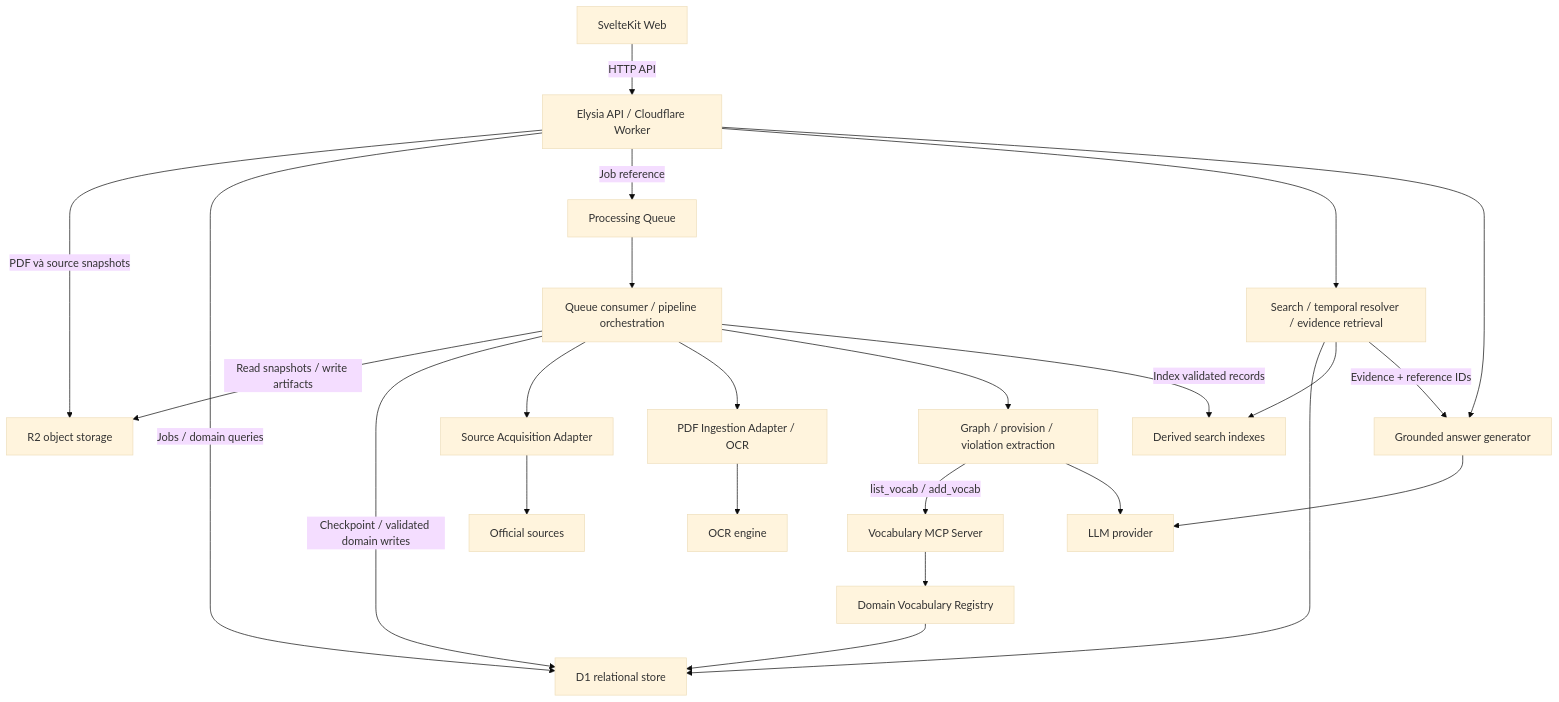
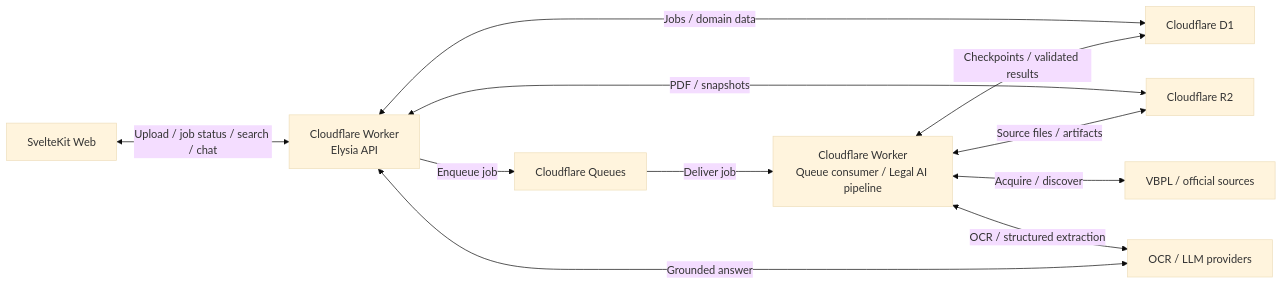
Before and after one commit to NamPE286/INT3011E_6: the sixth of 44 diagrams in docs/srs.md, drawn with Mermaid (base theme). The commit also changed other lines of this file, not shown here.

Commit message:
docs: simplify component architecture and convert SRS diagrams to Mermaid

````diff
--- a/docs/srs.md
+++ b/docs/srs.md
@@ -475,26 +468,13 @@
 ```mermaid
-flowchart TB
-    Web["SvelteKit Web"] -->|"HTTP API"| API["Elysia API / Cloudflare Worker"]
-    API -->|"PDF và source snapshots"| R2["R2 object storage"]
-    API -->|"Jobs / domain queries"| DB["D1 relational store"]
-    API -->|"Job reference"| Queue["Processing Queue"]
-    Queue --> Consumer["Queue consumer / pipeline orchestration"]
-    Consumer -->|"Read snapshots / write artifacts"| R2
-    Consumer -->|"Checkpoint / validated domain writes"| DB
-    Consumer --> Acquisition["Source Acquisition Adapter"]
-    Consumer --> PDF["PDF Ingestion Adapter / OCR"]
-    Consumer --> Extraction["Graph / provision / violation extraction"]
-    Extraction -->|"list_vocab / add_vocab"| MCP["Vocabulary MCP Server"]
-    MCP --> Registry["Domain Vocabulary Registry"]
-    Registry --> DB
-    Acquisition --> Source["Official sources"]
-    PDF --> OCR["OCR engine"]
-    Extraction --> LLM["LLM provider"]
-    API --> Retrieval["Search / temporal resolver / evidence retrieval"]
-    Retrieval --> DB
-    Retrieval --> Index["Derived search indexes"]
-    Consumer -->|"Index validated records"| Index
-    API --> Answer["Grounded answer generator"]
-    Retrieval -->|"Evidence + reference IDs"| Answer
-    Answer --> LLM
+flowchart LR
+    Web["SvelteKit Web"] <-->|"Upload / job status / search / chat"| API["Cloudflare Worker<br/>Elysia API"]
+    API <-->|"Jobs / domain data"| D1["Cloudflare D1"]
+    API <-->|"PDF / snapshots"| R2["Cloudflare R2"]
+    API -->|"Enqueue job"| Queue["Cloudflare Queues"]
+    Queue -->|"Deliver job"| Consumer["Cloudflare Worker<br/>Queue consumer / Legal AI pipeline"]
+    Consumer <-->|"Checkpoints / validated results"| D1
+    Consumer <-->|"Source files / artifacts"| R2
+    Consumer <-->|"Acquire / discover"| Source["VBPL / official sources"]
+    Consumer <-->|"OCR / structured extraction"| AI["OCR / LLM providers"]
+    API <-->|"Grounded answer"| AI
 ```
````
